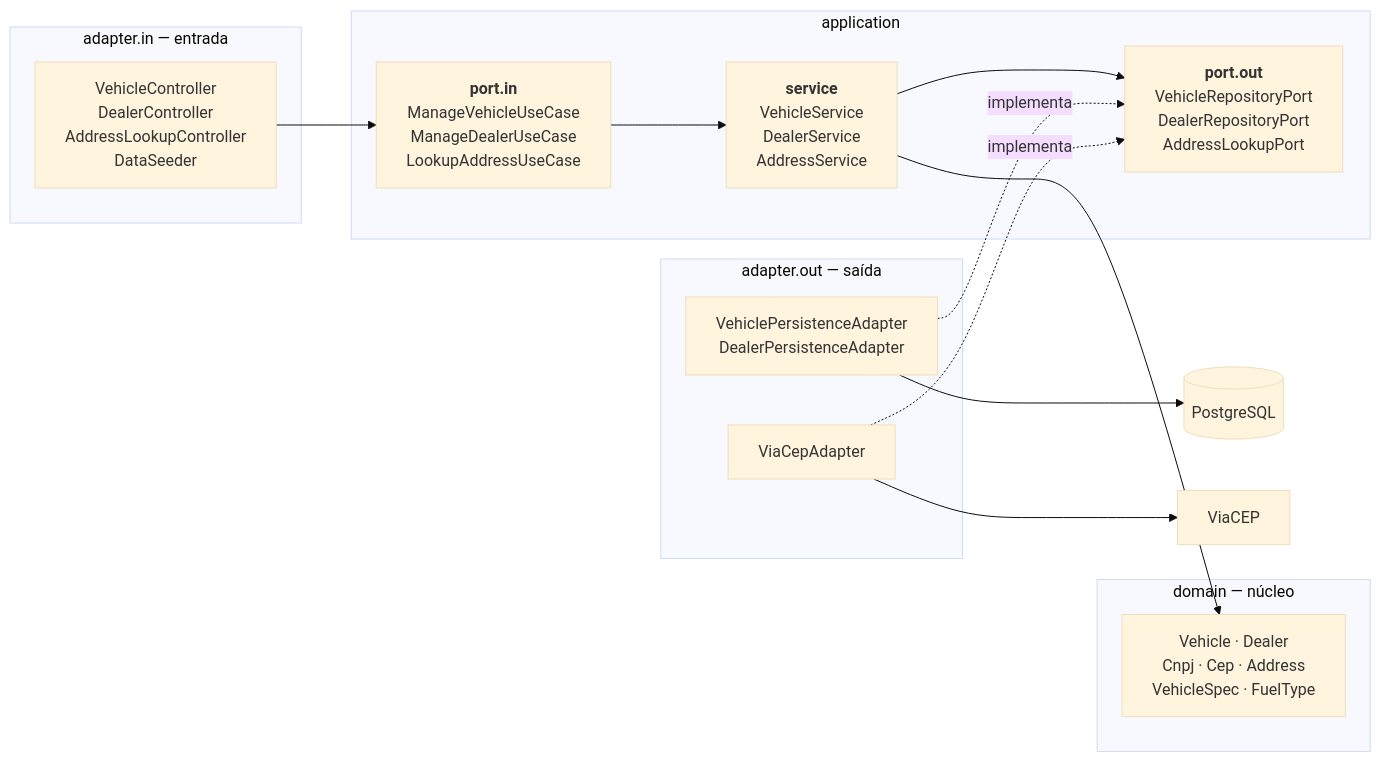
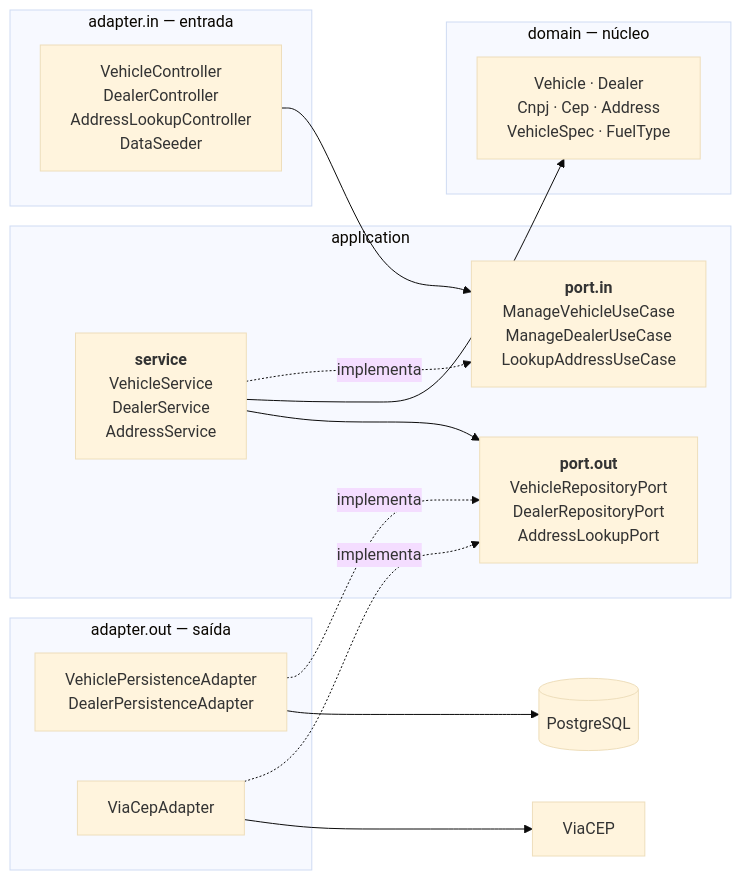
One commit to LiedsonAugusto/DealerFleet changed the second of 2 diagrams in README.md. Above: the diagram before and after it, drawn with Mermaid (base theme). The commit also changed other lines of this file and 5 other files, not shown here.

````diff
--- a/README.md
+++ b/README.md
@@ -71,33 +99,33 @@
 ```mermaid
 flowchart LR
     subgraph adapin["adapter.in — entrada"]
         ctrl["VehicleController<br/>DealerController<br/>AddressLookupController<br/>DataSeeder"]
     end
 
     subgraph app["application"]
         pin["<b>port.in</b><br/>ManageVehicleUseCase<br/>ManageDealerUseCase<br/>LookupAddressUseCase"]
         svc["<b>service</b><br/>VehicleService<br/>DealerService<br/>AddressService"]
         pout["<b>port.out</b><br/>VehicleRepositoryPort<br/>DealerRepositoryPort<br/>AddressLookupPort"]
     end
 
     subgraph dom["domain — núcleo"]
         d["Vehicle · Dealer<br/>Cnpj · Cep · Address<br/>VehicleSpec · FuelType"]
     end
 
     subgraph adapout["adapter.out — saída"]
         pers["VehiclePersistenceAdapter<br/>DealerPersistenceAdapter"]
         vcep["ViaCepAdapter"]
     end
 
     pg[("PostgreSQL")]
     ext["ViaCEP"]
 
     ctrl --> pin
-    pin --> svc
+    svc -.->|implementa| pin
     svc --> d
     svc --> pout
     pers -.->|implementa| pout
     vcep -.->|implementa| pout
     pers --> pg
     vcep --> ext
 ```
````
